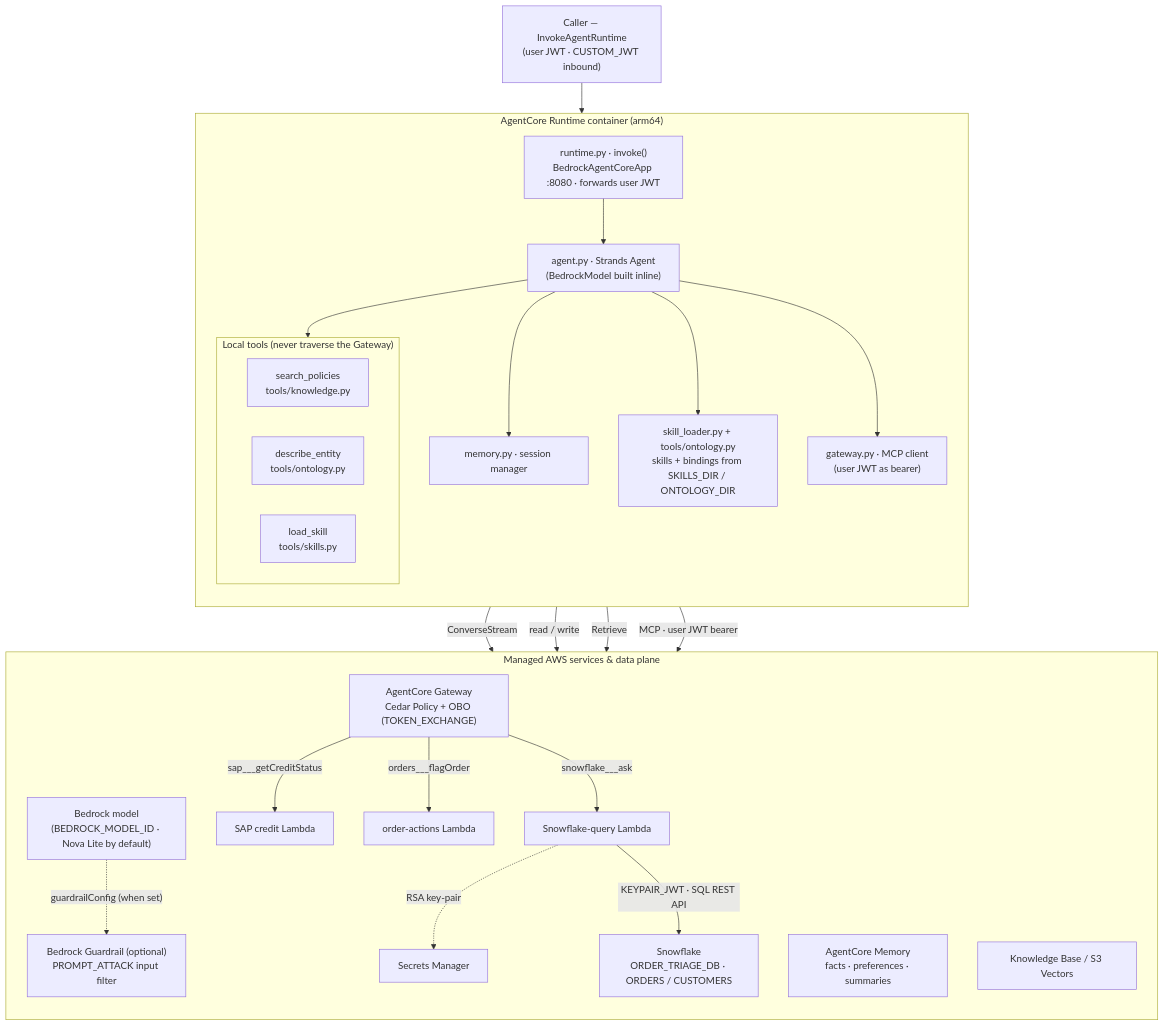
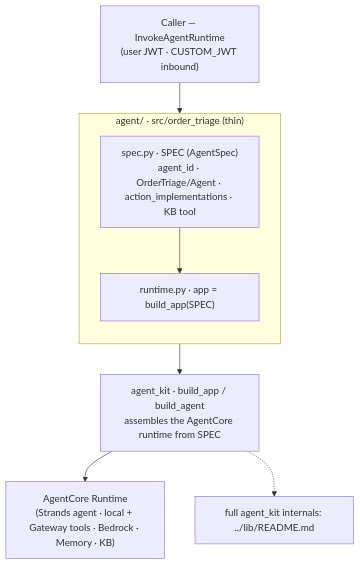
Before and after one commit to aniryou/bedrock-demo: the first of 4 diagrams in agent/README.md, drawn with Mermaid. The commit also changed other lines of this file and 35 other files, not shown here.

First line of the commit message:
docs: update READMEs + cross-refs for the agent_kit extraction

````diff
--- a/agent/README.md
+++ b/agent/README.md
@@ -107,50 +117,21 @@
 ```mermaid
 flowchart TB
     caller["Caller — InvokeAgentRuntime<br/>(user JWT · CUSTOM_JWT inbound)"]
 
-    subgraph container["AgentCore Runtime container (arm64)"]
+    subgraph agentpkg["agent/ · src/order_triage (thin)"]
         direction TB
-        entry["runtime.py · invoke()<br/>BedrockAgentCoreApp :8080 · forwards user JWT"]
-        agent["agent.py · Strands Agent<br/>(BedrockModel built inline)"]
-        memmgr["memory.py · session manager"]
-        loaders["skill_loader.py + tools/ontology.py<br/>skills + bindings from SKILLS_DIR / ONTOLOGY_DIR"]
-        gwc["gateway.py · MCP client<br/>(user JWT as bearer)"]
-        subgraph localtools["Local tools (never traverse the Gateway)"]
-            direction LR
-            kt["search_policies<br/>tools/knowledge.py"]
-            de["describe_entity<br/>tools/ontology.py"]
-            ls["load_skill<br/>tools/skills.py"]
-        end
+        spec["spec.py · SPEC (AgentSpec)<br/>agent_id · OrderTriage/Agent · action_implementations · KB tool"]
+        rt["runtime.py · app = build_app(SPEC)"]
+        spec --> rt
     end
 
-    subgraph ext["Managed AWS services & data plane"]
-        direction TB
-        bedrock["Bedrock model<br/>(BEDROCK_MODEL_ID · Nova Lite by default)"]
-        guard["Bedrock Guardrail (optional)<br/>PROMPT_ATTACK input filter"]
-        mem["AgentCore Memory<br/>facts · preferences · summaries"]
-        kb["Knowledge Base / S3 Vectors"]
-        gw["AgentCore Gateway<br/>Cedar Policy + OBO (TOKEN_EXCHANGE)"]
-        sap["SAP credit Lambda"]
-        ord["order-actions Lambda"]
-        sfl["Snowflake-query Lambda"]
-        sm["Secrets Manager"]
-        snow["Snowflake<br/>ORDER_TRIAGE_DB · ORDERS / CUSTOMERS"]
-    end
+    kit["agent_kit · build_app / build_agent<br/>assembles the AgentCore runtime from SPEC"]
+    runtime["AgentCore Runtime<br/>(Strands agent · local + Gateway tools · Bedrock · Memory · KB)"]
 
-    caller --> entry --> agent
-    agent --> memmgr
-    agent --> loaders
-    agent --> localtools
-    agent --> gwc
+    caller --> rt
+    rt --> kit
+    kit --> runtime
 
-    agent -->|ConverseStream| bedrock
-    bedrock -.->|"guardrailConfig (when set)"| guard
-    memmgr -->|"read / write"| mem
-    kt -->|Retrieve| kb
-    gwc -->|"MCP · user JWT bearer"| gw
-    gw -->|"sap___getCreditStatus"| sap
-    gw -->|"orders___flagOrder"| ord
-    gw -->|"snowflake___ask"| sfl
-    sfl -. "RSA key-pair" .-> sm
-    sfl -->|"KEYPAIR_JWT · SQL REST API"| snow
+    note["full agent_kit internals: ../lib/README.md"]
+    kit -.-> note
 ```
````
